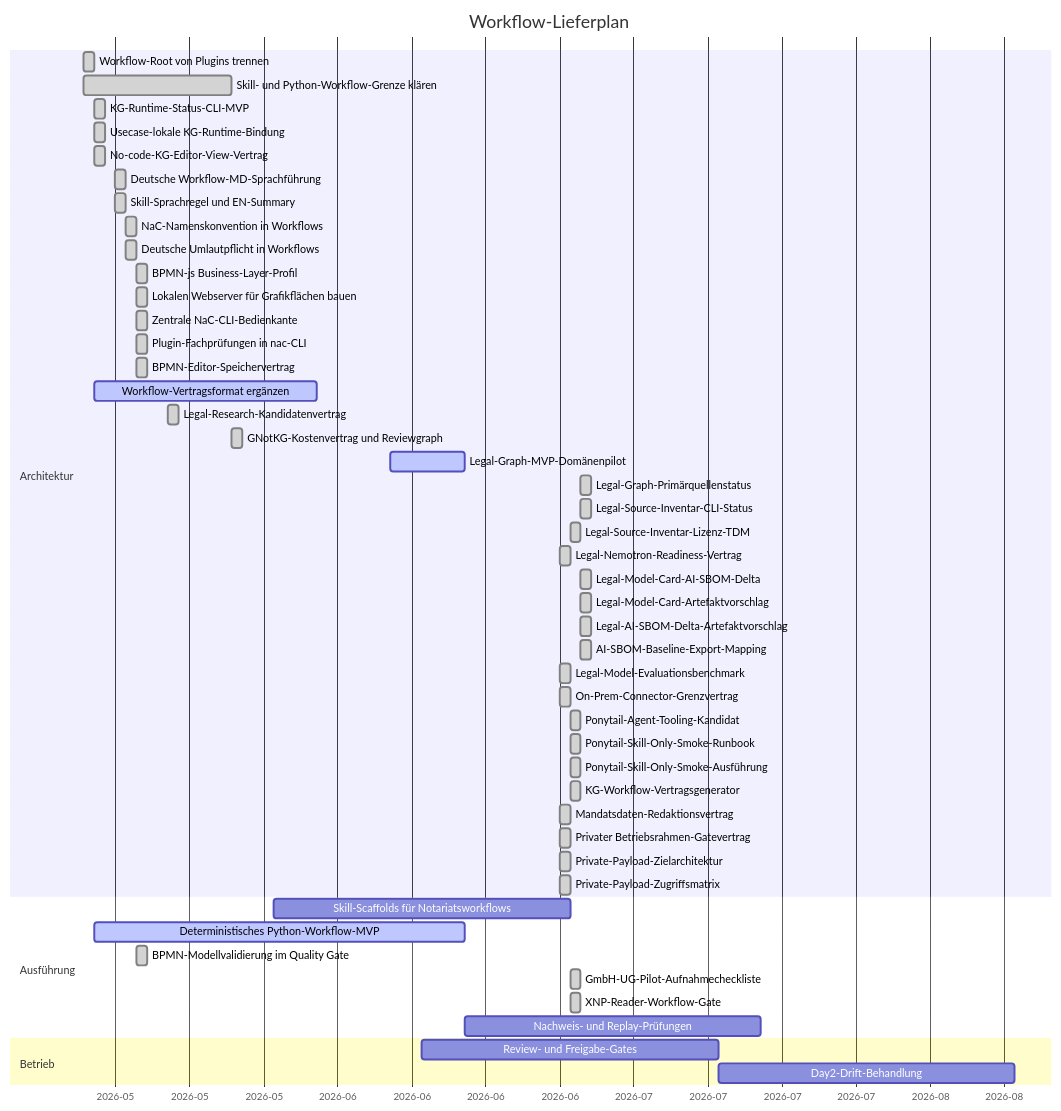
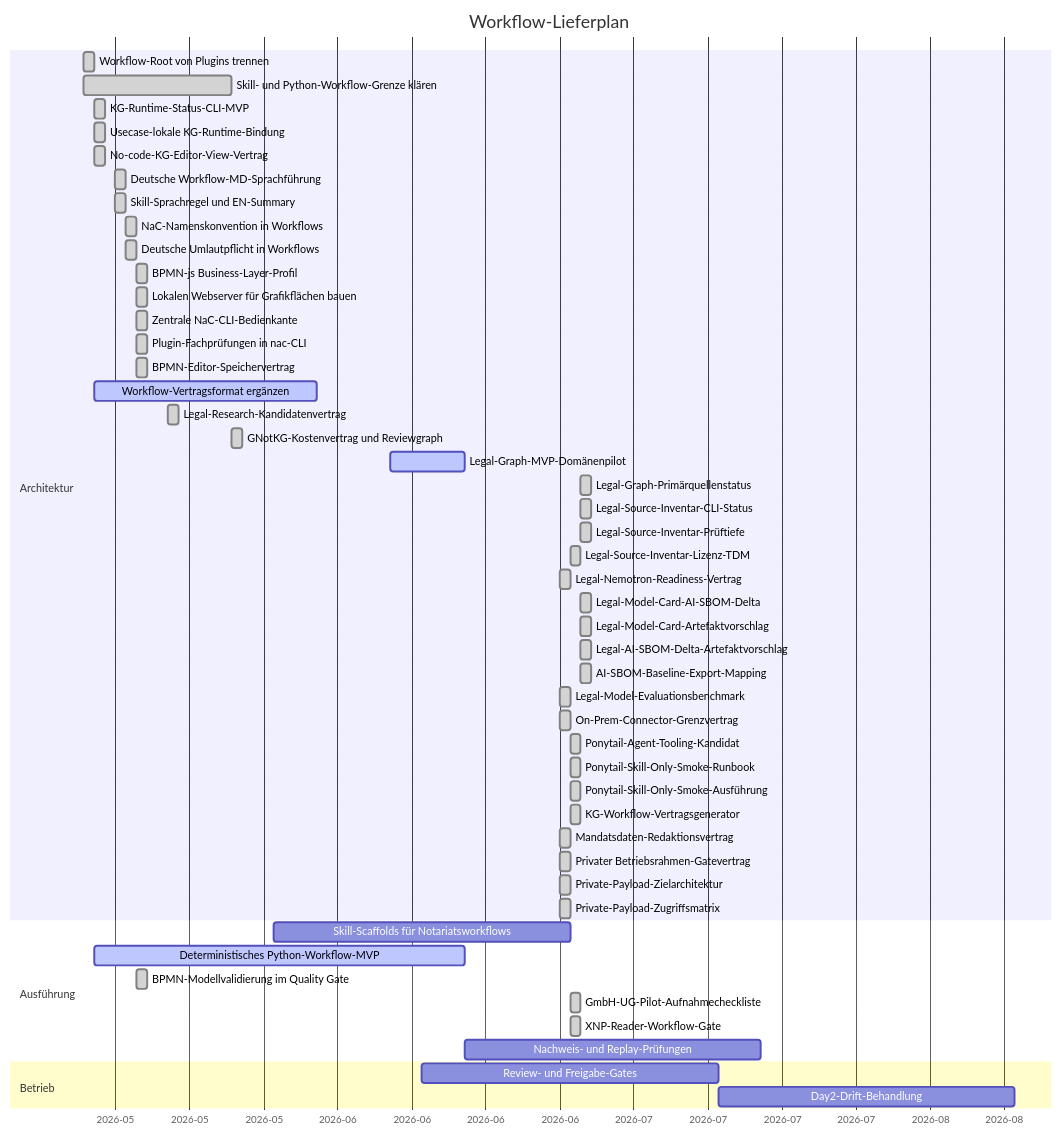
Before and after one commit to notariat8/NaC: the diagram in workflows/GANTT.md, drawn with Mermaid. The commit also changed other lines of this file and 11 other files, not shown here.

Commit message:
Add legal source inventory review depth

````diff
--- a/workflows/GANTT.md
+++ b/workflows/GANTT.md
@@ -5,56 +5,57 @@
 ```mermaid
 gantt
     title Workflow-Lieferplan
     dateFormat  YYYY-MM-DD
     axisFormat  %Y-%m
 
     section Architektur
     Workflow-Root von Plugins trennen          :done,   w1, 2026-05-14, 1d
     Skill- und Python-Workflow-Grenze klären  :done,   w2, 2026-05-14, 14d
     KG-Runtime-Status-CLI-MVP                  :done,   w3, 2026-05-15, 1d
     Usecase-lokale KG-Runtime-Bindung          :done,   w3a, 2026-05-15, 1d
     No-code-KG-Editor-View-Vertrag             :done,   w4a, 2026-05-15, 1d
     Deutsche Workflow-MD-Sprachführung        :done,   w4b, 2026-05-17, 1d
     Skill-Sprachregel und EN-Summary            :done,   w4c, 2026-05-17, 1d
     NaC-Namenskonvention in Workflows           :done,   w4d, 2026-05-18, 1d
     Deutsche Umlautpflicht in Workflows         :done,   w4e, 2026-05-18, 1d
     BPMN-js Business-Layer-Profil               :done,   w4f, 2026-05-19, 1d
     Lokalen Webserver für Grafikflächen bauen  :done,   w4g, 2026-05-19, 1d
     Zentrale NaC-CLI-Bedienkante                :done,   w4h, 2026-05-19, 1d
     Plugin-Fachprüfungen in nac-CLI             :done,   w4i, 2026-05-19, 1d
     BPMN-Editor-Speichervertrag                 :done,   w4j, 2026-05-19, 1d
     Workflow-Vertragsformat ergänzen          :active, w4, 2026-05-15, 21d
     Legal-Research-Kandidatenvertrag           :done,   w4k, 2026-05-22, 1d
     GNotKG-Kostenvertrag und Reviewgraph        :done,   w4l, 2026-05-28, 1d
     Legal-Graph-MVP-Domänenpilot              :active, w4m, 2026-06-12, 7d
     Legal-Graph-Primärquellenstatus            :done,   w4z, 2026-06-30, 1d
     Legal-Source-Inventar-CLI-Status           :done,   w4aa, 2026-06-30, 1d
+    Legal-Source-Inventar-Prüftiefe            :done,   w4af, 2026-06-30, 1d
     Legal-Source-Inventar-Lizenz-TDM           :done,   w4u, 2026-06-29, 1d
     Legal-Nemotron-Readiness-Vertrag            :done,   w4s, 2026-06-28, 1d
     Legal-Model-Card-AI-SBOM-Delta             :done,   w4ab, 2026-06-30, 1d
     Legal-Model-Card-Artefaktvorschlag         :done,   w4ac, 2026-06-30, 1d
     Legal-AI-SBOM-Delta-Artefaktvorschlag      :done,   w4ad, 2026-06-30, 1d
     AI-SBOM-Baseline-Export-Mapping            :done,   w4ae, 2026-06-30, 1d
     Legal-Model-Evaluationsbenchmark           :done,   w4t, 2026-06-28, 1d
     On-Prem-Connector-Grenzvertrag            :done,   w4n, 2026-06-28, 1d
     Ponytail-Agent-Tooling-Kandidat            :done,   w4v, 2026-06-29, 1d
     Ponytail-Skill-Only-Smoke-Runbook          :done,   w4w, 2026-06-29, 1d
     Ponytail-Skill-Only-Smoke-Ausführung       :done,   w4x, 2026-06-29, 1d
     KG-Workflow-Vertragsgenerator              :done,   w4y, 2026-06-29, 1d
     Mandatsdaten-Redaktionsvertrag             :done,   w4o, 2026-06-28, 1d
     Privater Betriebsrahmen-Gatevertrag        :done,   w4p, 2026-06-28, 1d
     Private-Payload-Zielarchitektur            :done,   w4q, 2026-06-28, 1d
     Private-Payload-Zugriffsmatrix             :done,   w4r, 2026-06-28, 1d
 
     section Ausführung
     Skill-Scaffolds für Notariatsworkflows    :        w5, 2026-06-01, 28d
     Deterministisches Python-Workflow-MVP      :active, w6, 2026-05-15, 35d
     BPMN-Modellvalidierung im Quality Gate      :done,   w6a, 2026-05-19, 1d
     GmbH-UG-Pilot-Aufnahmecheckliste           :done,   w6b, 2026-06-29, 1d
     XNP-Reader-Workflow-Gate                   :done,   w6c, 2026-06-29, 1d
     Nachweis- und Replay-Prüfungen            :        w7, after w6, 28d
 
     section Betrieb
     Review- und Freigabe-Gates                 :        w8, 2026-06-15, 28d
     Day2-Drift-Behandlung                      :        w9, after w8, 28d
 ```
````
